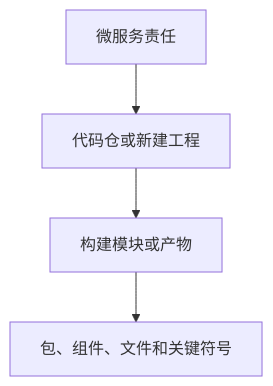
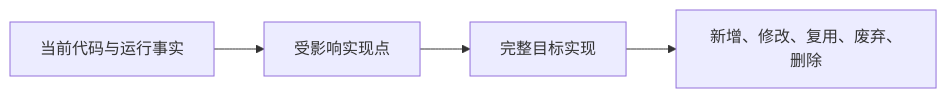
Before and after one commit to X1aoboo/scc-dev-sphere: the diagram in skills/feature-design/references/design-guides/implementation-design.md, drawn with Mermaid. The commit also changed other lines of this file and 15 other files, not shown here.

````diff
--- a/skills/feature-design/references/design-guides/implementation-design.md
+++ b/skills/feature-design/references/design-guides/implementation-design.md
@@ -13,6 +24,6 @@
 ```mermaid
-flowchart TD
-    A["微服务责任"] --> B["代码仓或新建工程"]
-    B --> C["构建模块或产物"]
-    C --> D["包、组件、文件和关键符号"]
+flowchart LR
+    Current["当前代码与运行事实"] --> Impact["受影响实现点"]
+    Impact --> Target["完整目标实现"]
+    Target --> Change["新增、修改、复用、废弃、删除"]
 ```
````
